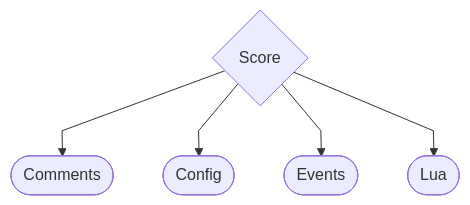
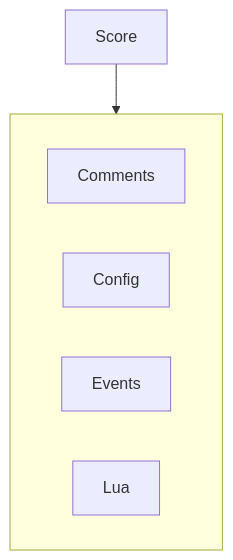
The first of 2 diagrams in Documentation/score/fundaments.md (charlesneimog/OpenScofo), drawn with Mermaid before and after one commit. The commit also changed 2 other files, not shown here.

Commit message:
minor fixes

````diff
--- a/Documentation/score/fundaments.md
+++ b/Documentation/score/fundaments.md
@@ -16,6 +16,11 @@
 ```mermaid
-%%{init: {"flowchart": {"curve": "linear"}}}%%
-flowchart TD
-    SCORE{Score}
-    SCORE --> COMMENTS([Comments]) & CONFIG([Config]) & EVENTS([Events]) & LUA([Lua])
+flowchart TB
+    SCORE[Score]
+    subgraph SCORE_CONTENT[" "]
+        COMMENTS[Comments]
+        CONFIG[Config]
+        EVENTS[Events]
+        LUA[Lua]
+    end
+    SCORE --> SCORE_CONTENT
 ```
````
